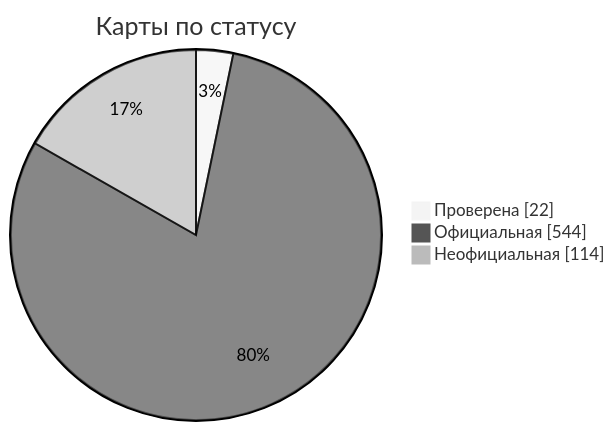
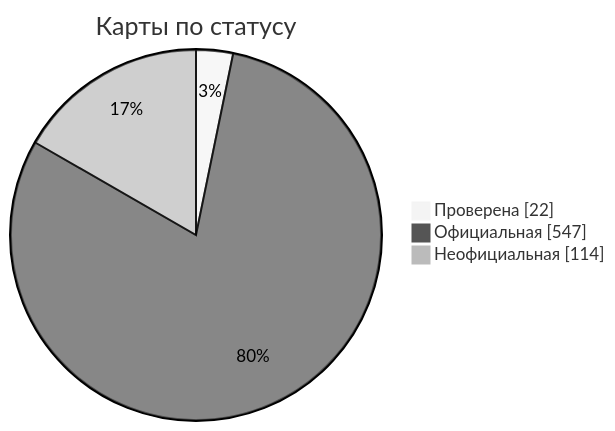
One commit to nobrega8/mbmap-library changed the diagram in docs/readme/README_RU.md. Above: the diagram before and after it, drawn with Mermaid (neutral theme). The commit also changed 8 other files, not shown here.

````diff
--- a/docs/readme/README_RU.md
+++ b/docs/readme/README_RU.md
@@ -54,7 +54,7 @@
 ```mermaid
 pie showData
     title Карты по статусу
     "Проверена" : 22
-    "Официальная" : 544
+    "Официальная" : 547
     "Неофициальная" : 114
 ```
````
